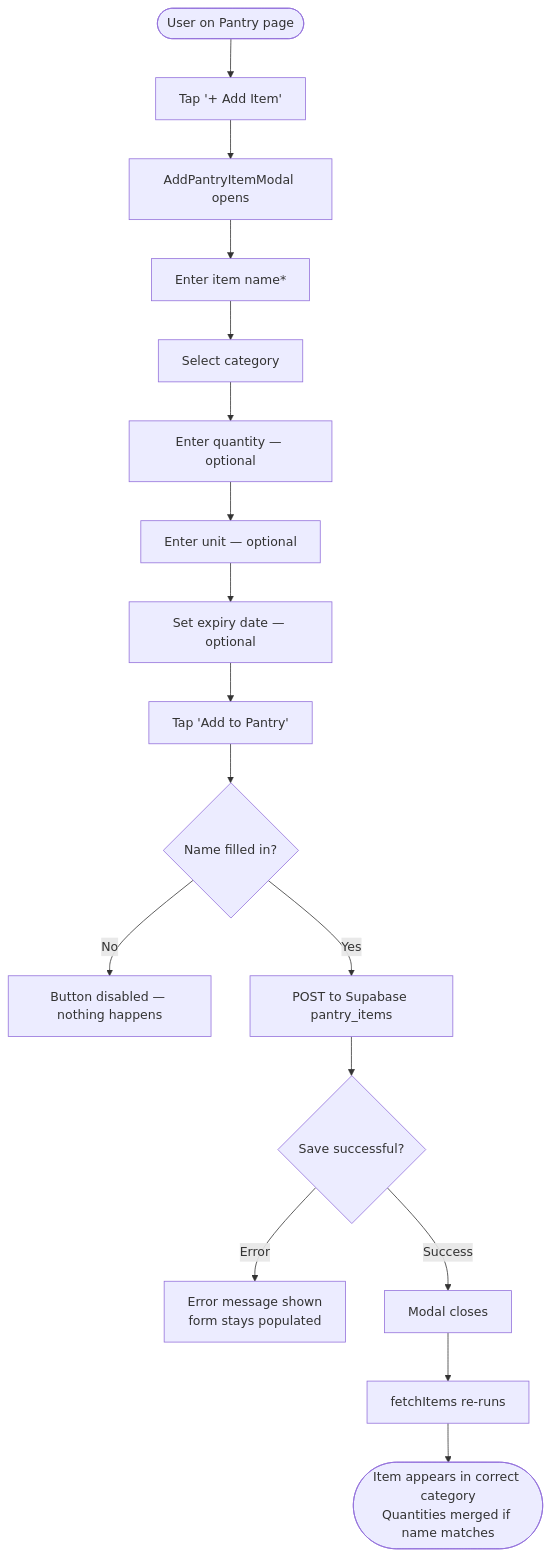
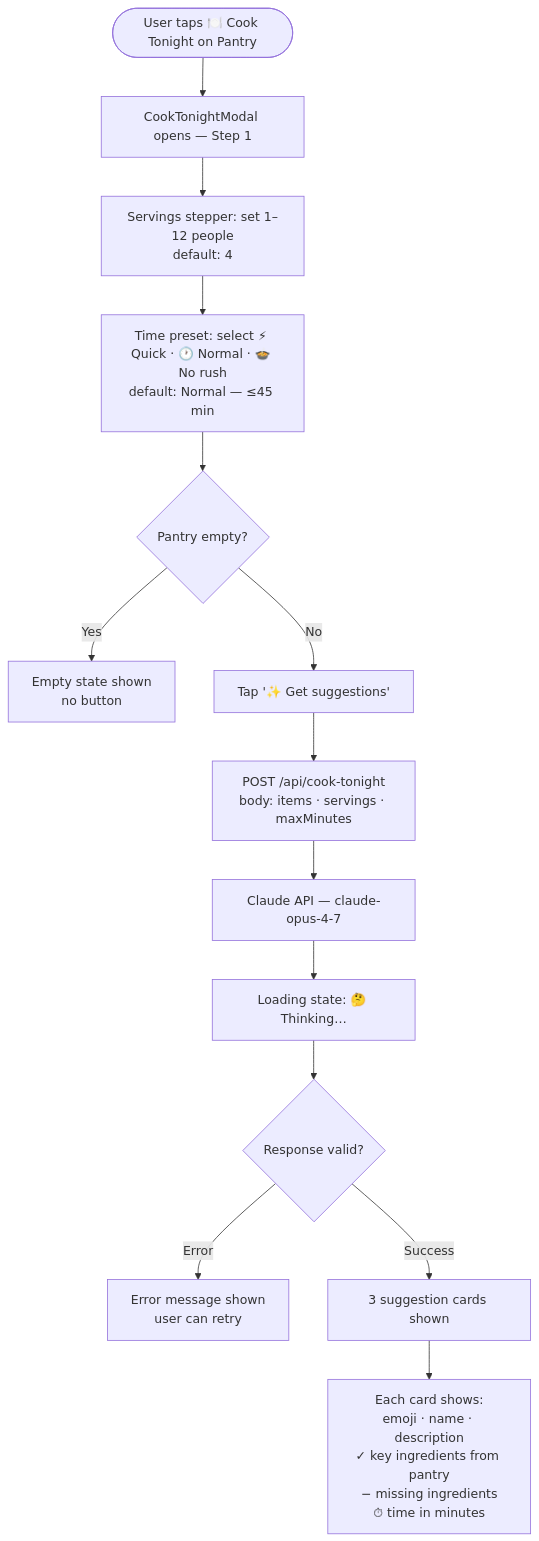
The sixth of 14 diagrams in docs/DIAGRAMS.md (JuliaBulg/family-hub), drawn with Mermaid before and after one commit. The commit also changed other lines of this file and 2 other files, not shown here.

````diff
--- a/docs/DIAGRAMS.md
+++ b/docs/DIAGRAMS.md
@@ -231,19 +213,21 @@
 ```mermaid
 flowchart TD
-    A([User on Pantry page]) --> B[Tap '+ Add Item']
-    B --> C[AddPantryItemModal opens]
-    C --> D[Enter item name*]
-    D --> E[Select category]
-    E --> F[Enter quantity — optional]
-    F --> G[Enter unit — optional]
-    G --> H[Set expiry date — optional]
-    H --> I[Tap 'Add to Pantry']
-    I --> J{Name filled in?}
-    J -->|No| K[Button disabled — nothing happens]
-    J -->|Yes| L[POST to Supabase pantry_items]
-    L --> M{Save successful?}
-    M -->|Error| N[Error message shown<br/>form stays populated]
-    M -->|Success| O[Modal closes]
-    O --> P[fetchItems re-runs]
-    P --> Q([Item appears in correct category<br/>Quantities merged if name matches])
+    A([User taps 🍽️ Cook Tonight on Pantry]) --> B[CookTonightModal opens — Step 1]
+
+    B --> C[Servings stepper: set 1–12 people<br/>default: 4]
+    C --> D[Time preset: select ⚡ Quick · 🕐 Normal · 🍲 No rush<br/>default: Normal — ≤45 min]
+
+    D --> E{Pantry empty?}
+    E -->|Yes| F[Empty state shown<br/>no button]
+    E -->|No| G[Tap '✨ Get suggestions']
+
+    G --> H[POST /api/cook-tonight<br/>body: items · servings · maxMinutes]
+    H --> I[Claude API — claude-opus-4-7]
+    I --> J[Loading state: 🤔 Thinking…]
+
+    J --> K{Response valid?}
+    K -->|Error| L[Error message shown<br/>user can retry]
+    K -->|Success| M[3 suggestion cards shown]
+
+    M --> N[Each card shows:<br/>emoji · name · description<br/>✓ key ingredients from pantry<br/>− missing ingredients<br/>⏱ time in minutes]
 ```
````
